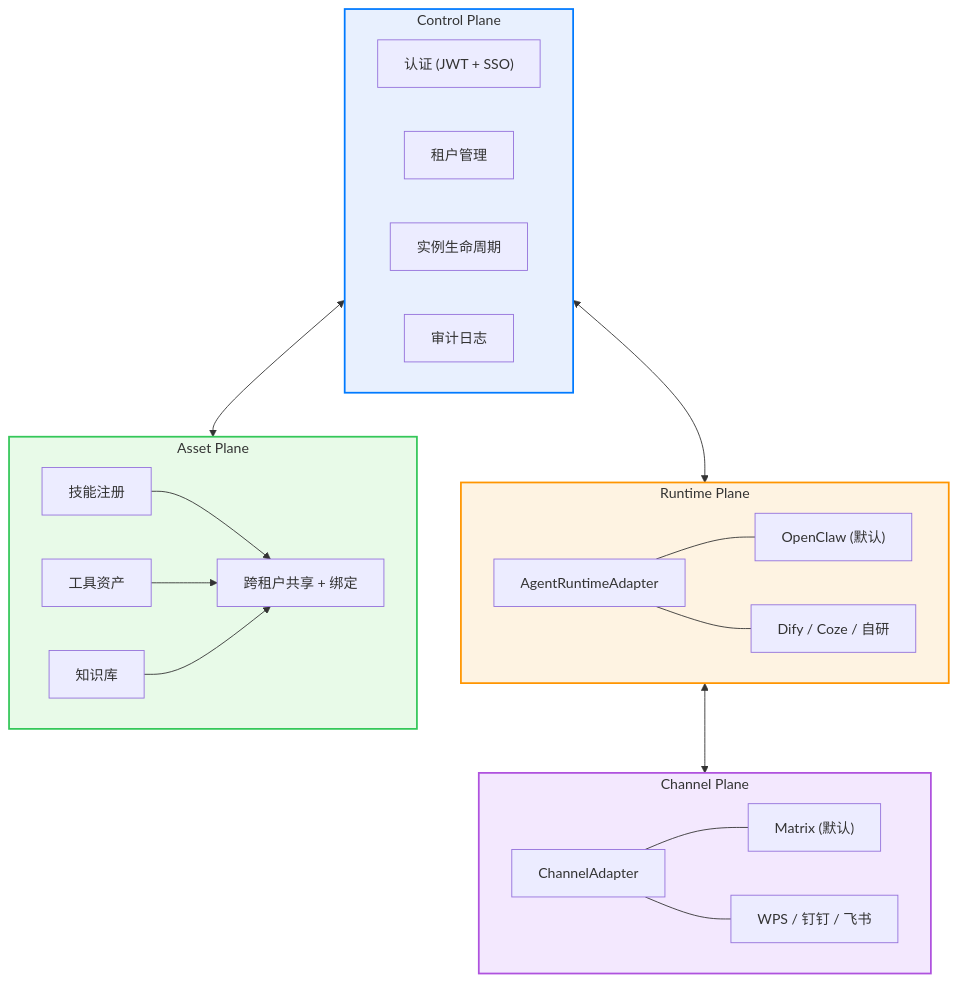
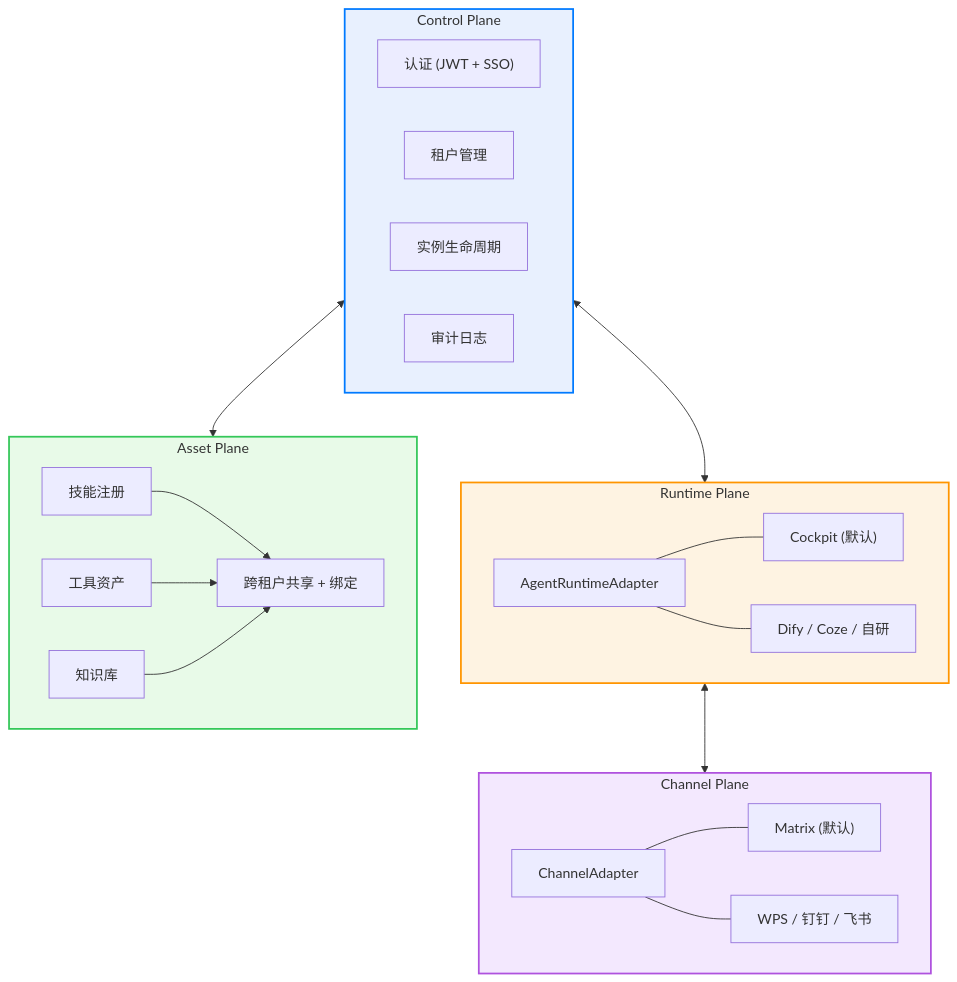
The second of 3 diagrams in README.md (zqshi/Human-machine-runtime), drawn with Mermaid before and after one commit. The commit also changed other lines of this file and 345 other files, not shown here.

````diff
--- a/README.md
+++ b/README.md
@@ -116,42 +116,42 @@
 ```mermaid
 graph TB
   subgraph ControlPlane["Control Plane"]
     Auth["认证 (JWT + SSO)"]
     Tenant["租户管理"]
     Lifecycle["实例生命周期"]
     Audit["审计日志"]
   end
 
   subgraph RuntimePlane["Runtime Plane"]
     direction LR
     Adapter["AgentRuntimeAdapter"]
-    OC2["OpenClaw (默认)"]
+    OC2["Cockpit (默认)"]
     Other["Dify / Coze / 自研"]
     Adapter --- OC2 & Other
   end
 
   subgraph AssetPlane["Asset Plane"]
     Skills["技能注册"]
     Tools["工具资产"]
     KB["知识库"]
     Share["跨租户共享 + 绑定"]
     Skills & Tools & KB --> Share
   end
 
   subgraph ChannelPlane["Channel Plane"]
     direction LR
     ChAdapter["ChannelAdapter"]
     MX["Matrix (默认)"]
     IM["WPS / 钉钉 / 飞书"]
     ChAdapter --- MX & IM
   end
 
   ControlPlane <--> RuntimePlane
   ControlPlane <--> AssetPlane
   RuntimePlane <--> ChannelPlane
 
   style ControlPlane fill:#e8f0fe,stroke:#007AFF,stroke-width:2px
   style RuntimePlane fill:#fef3e2,stroke:#ff9500,stroke-width:2px
   style AssetPlane fill:#e8fae8,stroke:#34c759,stroke-width:2px
   style ChannelPlane fill:#f3e8fe,stroke:#af52de,stroke-width:2px
 ```
````
